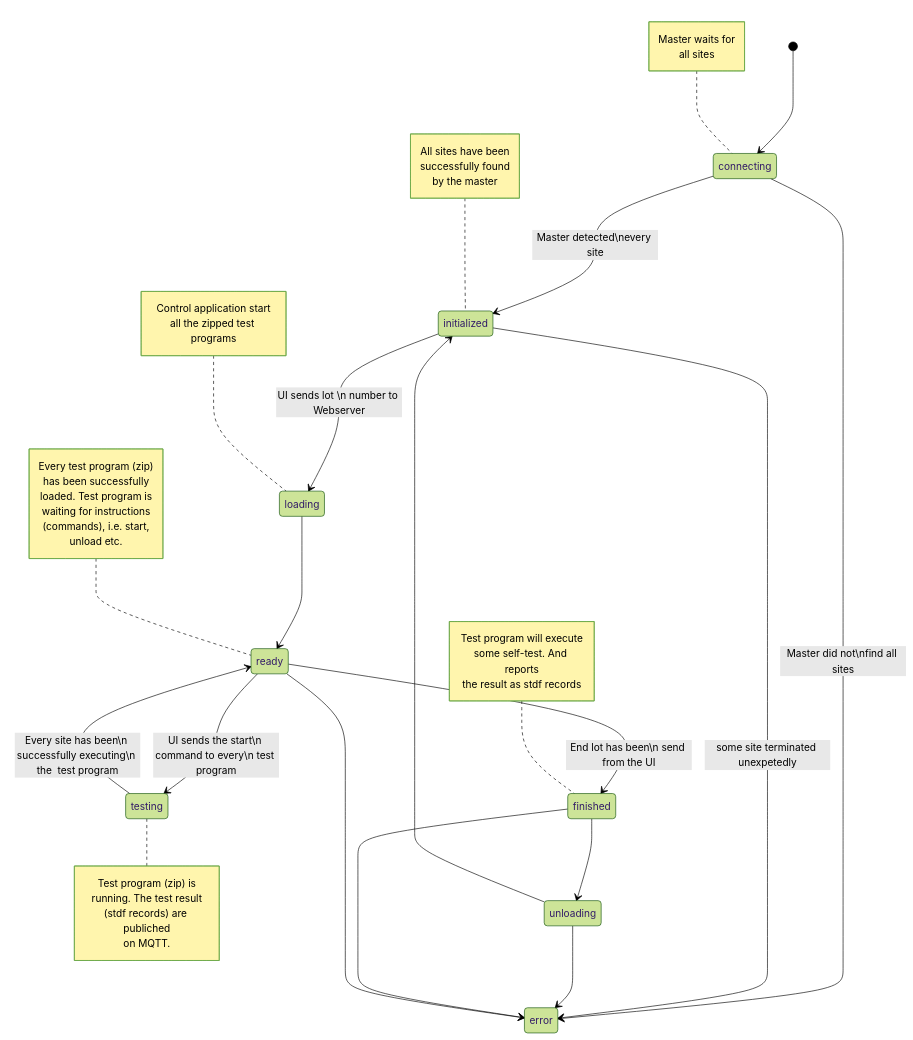
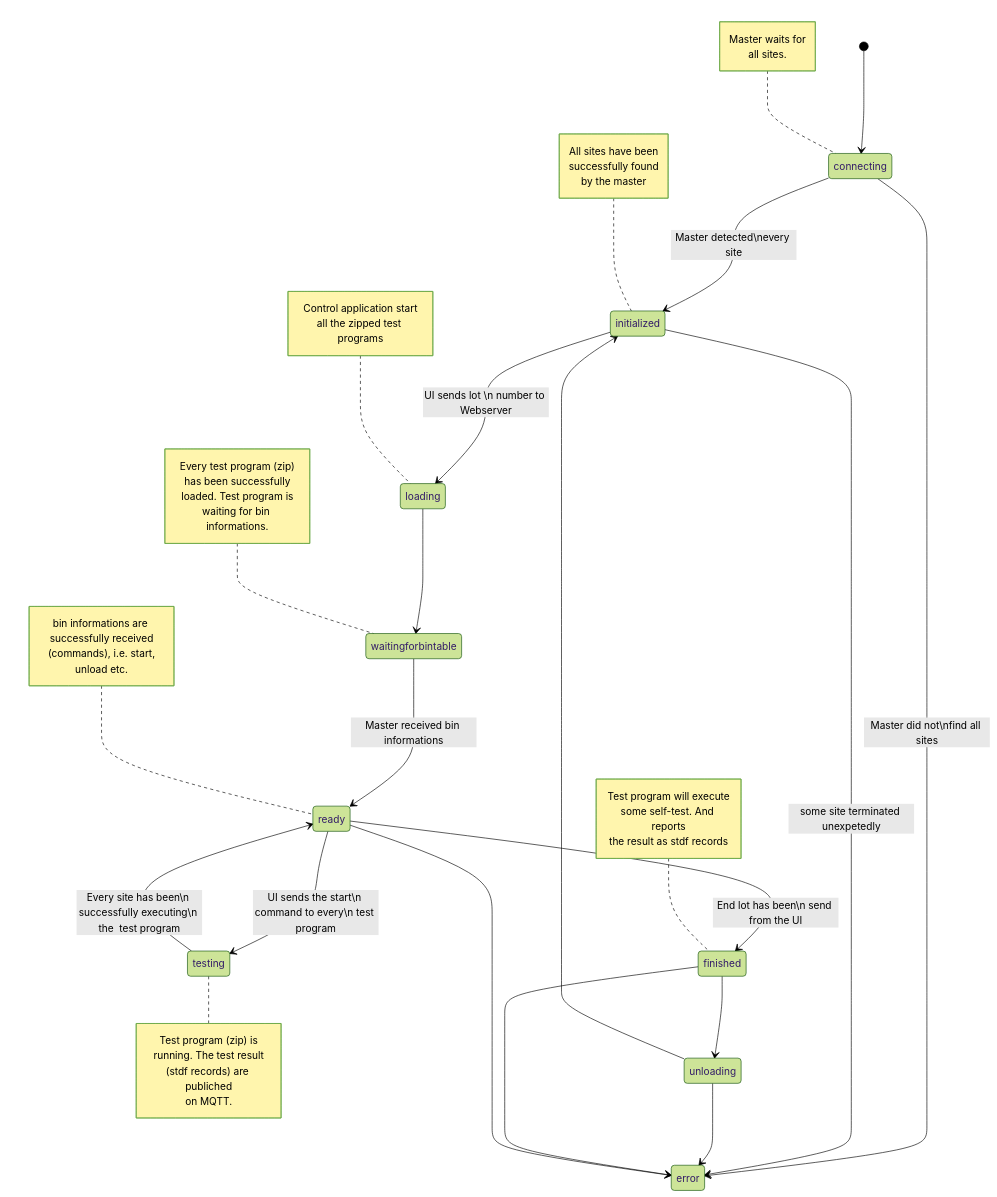
Before and after one commit to Semi-ATE/Semi-ATE: the diagram in docs/project/API_UI_Websever.md, drawn with Mermaid (forest theme). The commit also changed other lines of this file and 526 other files, not shown here.

````diff
--- a/docs/project/API_UI_Websever.md
+++ b/docs/project/API_UI_Websever.md
@@ -35,49 +36,53 @@
 ```mermaid
 stateDiagram
     [*] --> connecting
     connecting --> initialized: Master detected\nevery site
     note left of initialized
         All sites have been
         successfully found
         by the master
     end note
     connecting --> error: Master did not\nfind all sites 
     note left of connecting
         Master waits for
-        all sites
+        all sites.
     end note
     initialized --> loading: UI sends lot \n number to Webserver
-    loading --> ready
-    note left of ready
+    loading --> waitingforbintable
+    note left of waitingforbintable
         Every test program (zip)
         has been successfully
         loaded. Test program is
-        waiting for instructions
+        waiting for bin informations.
+    end note
+    waitingforbintable --> ready: Master received bin informations
+    note left of ready
+        bin informations are successfully received
         (commands), i.e. start,
         unload etc.
     end note
     ready --> testing: UI sends the start\n command to every\n test program
     note right of testing
         Test program (zip) is
         running. The test result
         (stdf records) are publiched
         on MQTT.
     end note
     testing --> ready: Every site has been\n successfully executing\n the  test program
     note left of loading
         Control application start
         all the zipped test programs
     end note
     ready --> finished: End lot has been\n send from the UI
     finished --> unloading
     note left of finished
         Test program will execute
         some self-test. And reports
         the result as stdf records
     end note
     unloading --> initialized
     initialized --> error : some site terminated unexpetedly 
     unloading --> error
     finished --> error
     ready --> error
 ```
````
